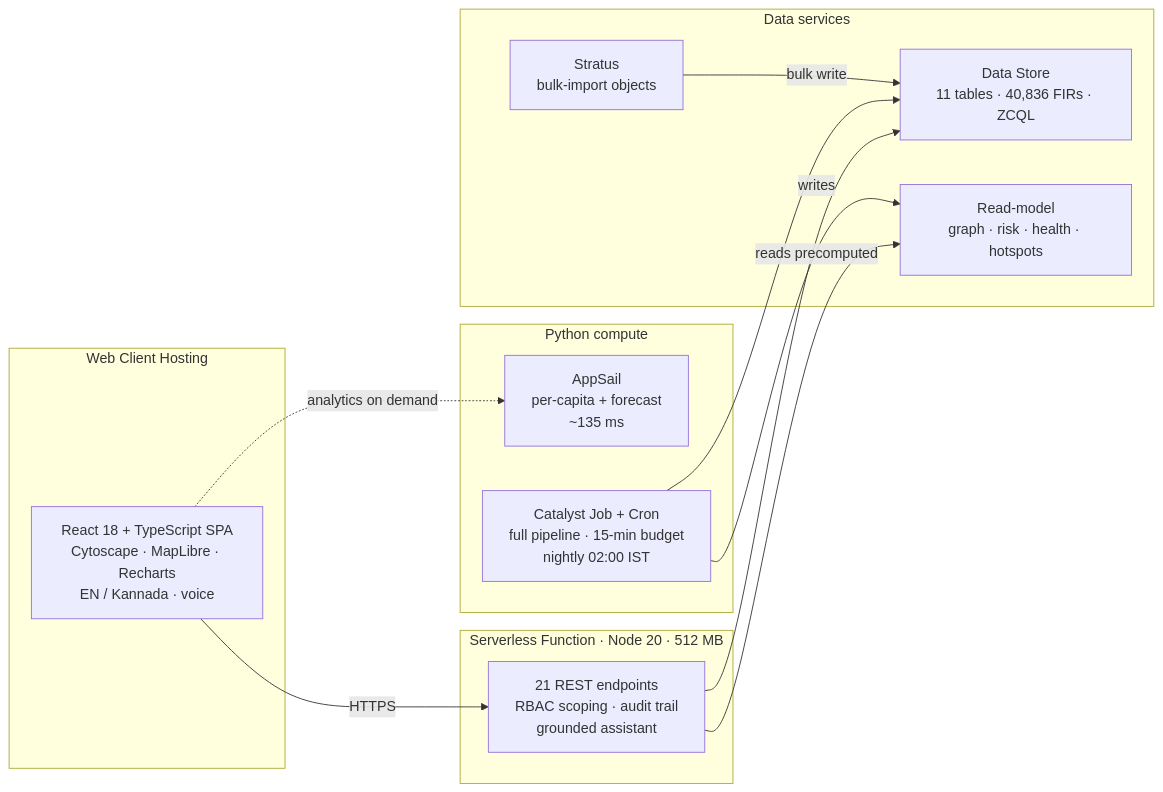
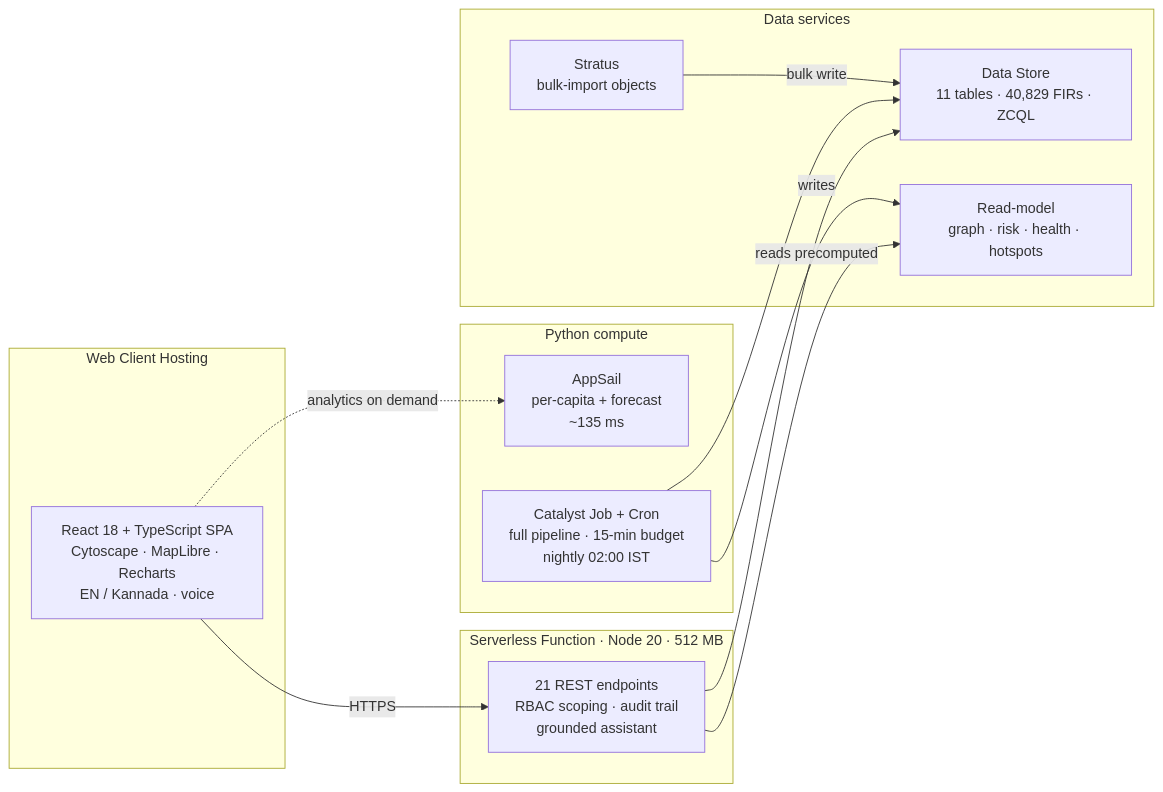
The second of 3 diagrams in README.md (adarshcod30/Kadi), drawn with Mermaid before and after one commit. The commit also changed other lines of this file and 10 other files, not shown here.

First line of the commit message:
docs: bring every figure onto the regenerated corpus, and fix the ER claim

````diff
--- a/README.md
+++ b/README.md
@@ -217,26 +218,26 @@
 ```mermaid
 flowchart LR
     subgraph CLIENT["Web Client Hosting"]
         SPA["React 18 + TypeScript SPA<br/>Cytoscape · MapLibre · Recharts<br/>EN / Kannada · voice"]
     end
     subgraph API["Serverless Function · Node 20 · 512 MB"]
         REST["21 REST endpoints<br/>RBAC scoping · audit trail<br/>grounded assistant"]
     end
     subgraph COMPUTE["Python compute"]
         APPSAIL["AppSail<br/>per-capita + forecast<br/>~135 ms"]
         JOB["Catalyst Job + Cron<br/>full pipeline · 15-min budget<br/>nightly 02:00 IST"]
     end
     subgraph DATA["Data services"]
-        DS["Data Store<br/>11 tables · 40,836 FIRs · ZCQL"]
+        DS["Data Store<br/>11 tables · 40,829 FIRs · ZCQL"]
         ST["Stratus<br/>bulk-import objects"]
         RM["Read-model<br/>graph · risk · health · hotspots"]
     end
 
     SPA -->|HTTPS| REST
     REST --> DS
     REST -->|reads precomputed| RM
     JOB -->|writes| RM
     JOB --> DS
     ST -->|bulk write| DS
     SPA -.->|analytics on demand| APPSAIL
 ```
````
